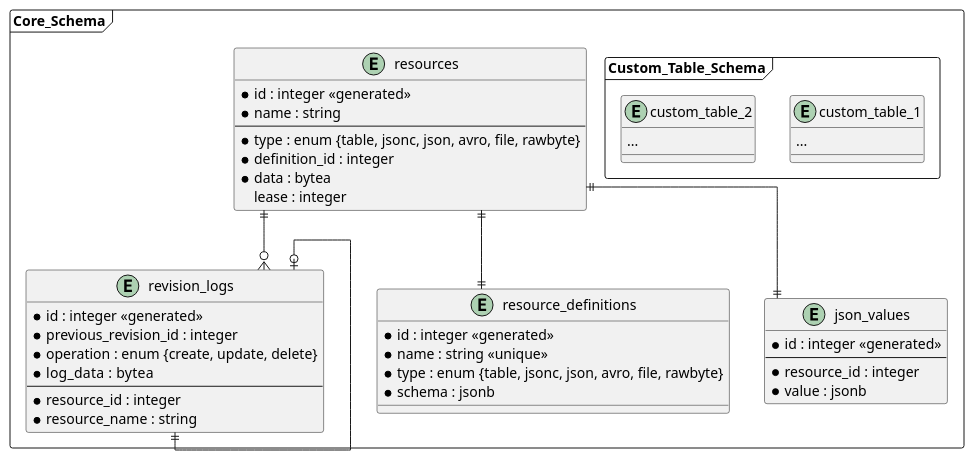
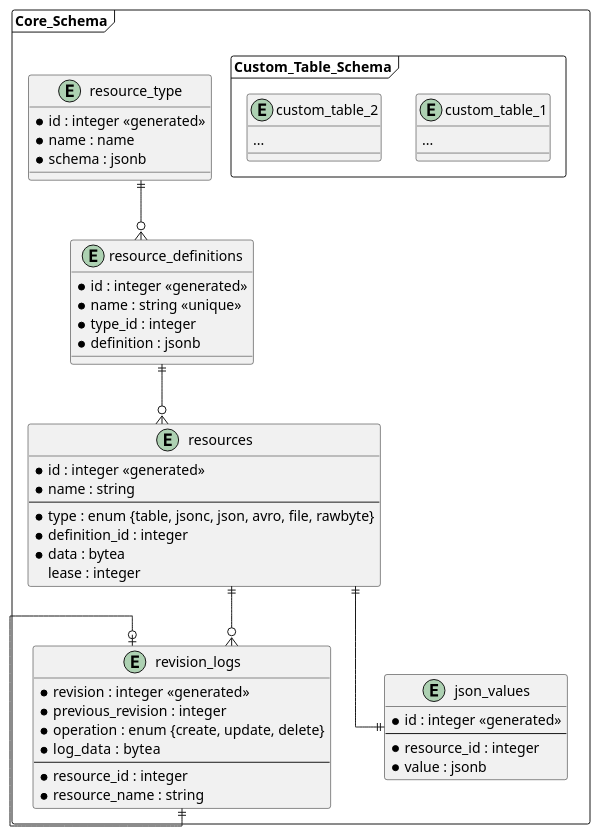
One commit to grafysi/horizpipes-design-documents changed the diagram in buildSrc/snippets/puml/metadata-server/Core_Schema.puml. Above: the diagram before and after it, drawn with PlantUML.

Commit message:
Change schema

```diff
--- a/buildSrc/snippets/puml/metadata-server/Core_Schema.puml
+++ b/buildSrc/snippets/puml/metadata-server/Core_Schema.puml
@@ -1,66 +1,75 @@
 @startuml
 
 skinparam linetype ortho
 
 
 
 frame "Core_Schema" {
 
     entity "resources" as res {
         *id : integer <<generated>>
         *name : string
         --
         *type : enum {table, jsonc, json, avro, file, rawbyte}
         *definition_id : integer
         *data : bytea
         lease : integer
     }
 
     entity "revision_logs" as resrev {
-        *id : integer <<generated>>
-        *previous_revision_id : integer
+        *revision : integer <<generated>>
+        *previous_revision : integer
         *operation : enum {create, update, delete}
         *log_data  : bytea
         --
         *resource_id : integer
         *resource_name : string
     }
 
     /' supported value definition types are:
         - TableDefinition
         - JsoncDefinition
         - JsonDefinition
         - AvroDefinition
         - FileDefinition
         - RawByteDefinition '/
+    entity "resource_type" as restype {
+        *id : integer <<generated>>
+        *name : name
+        *schema : jsonb
+    }
+
+
     entity "resource_definitions" as valdef {
         *id : integer <<generated>>
         *name : string <<unique>>
-        *type : enum {table, jsonc, json, avro, file, rawbyte}
-        *schema : jsonb
+        *type_id : integer
+        *definition : jsonb
     }
 
     res ||--o{ resrev
     resrev |o--|| resrev
-    res ||--|| valdef
+    valdef ||--o{ res
+    restype ||--o{ valdef
+
 
     entity "json_values" as jsonval {
         *id : integer <<generated>>
         --
         *resource_id : integer
         *value : jsonb
     }
 
     res ||--|| jsonval
 
     frame "Custom_Table_Schema" {
         entity "custom_table_1" {
             ...
         }
 
         entity "custom_table_2" {
             ...
         }
     }
 }
 @enduml
```
